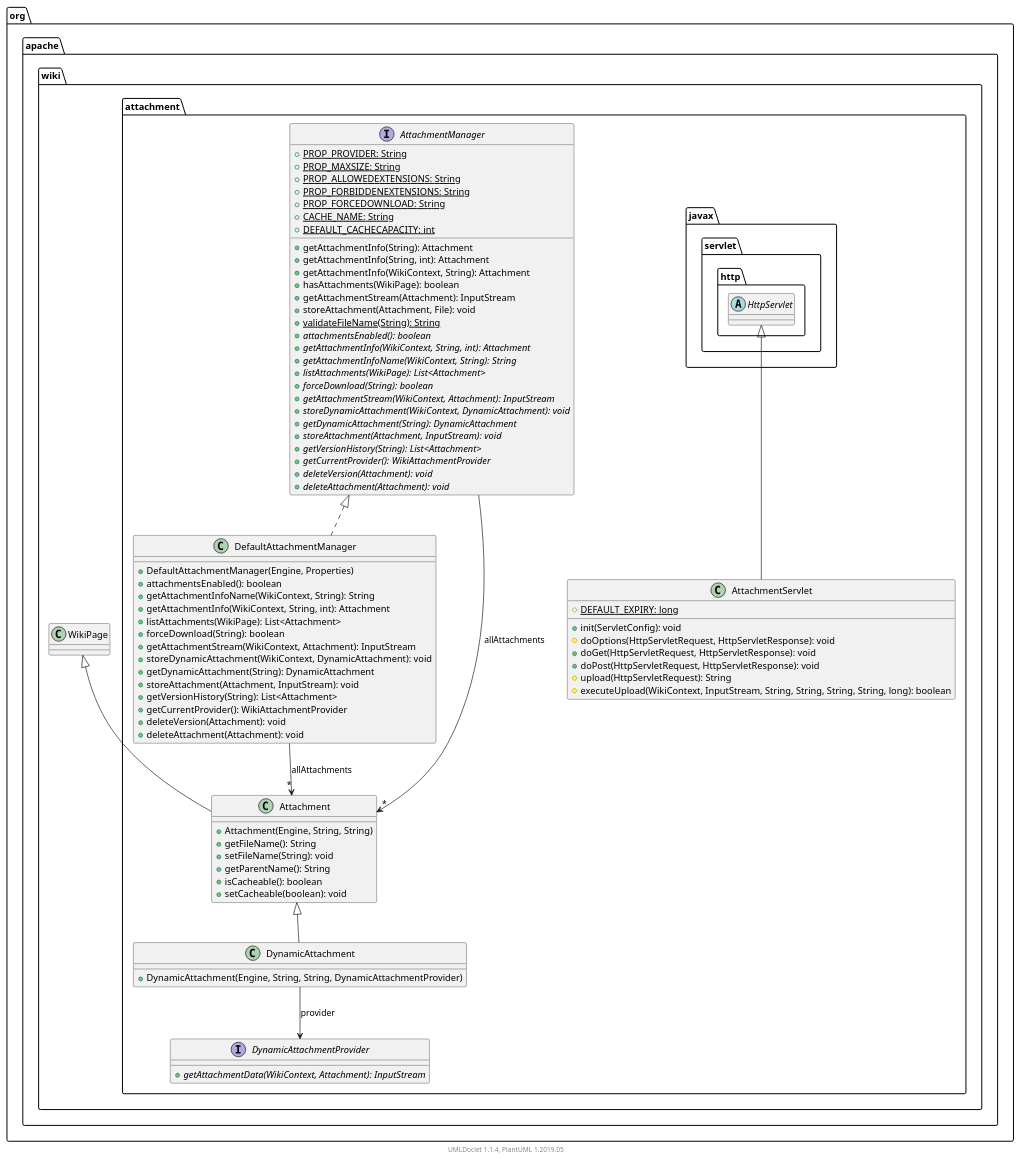
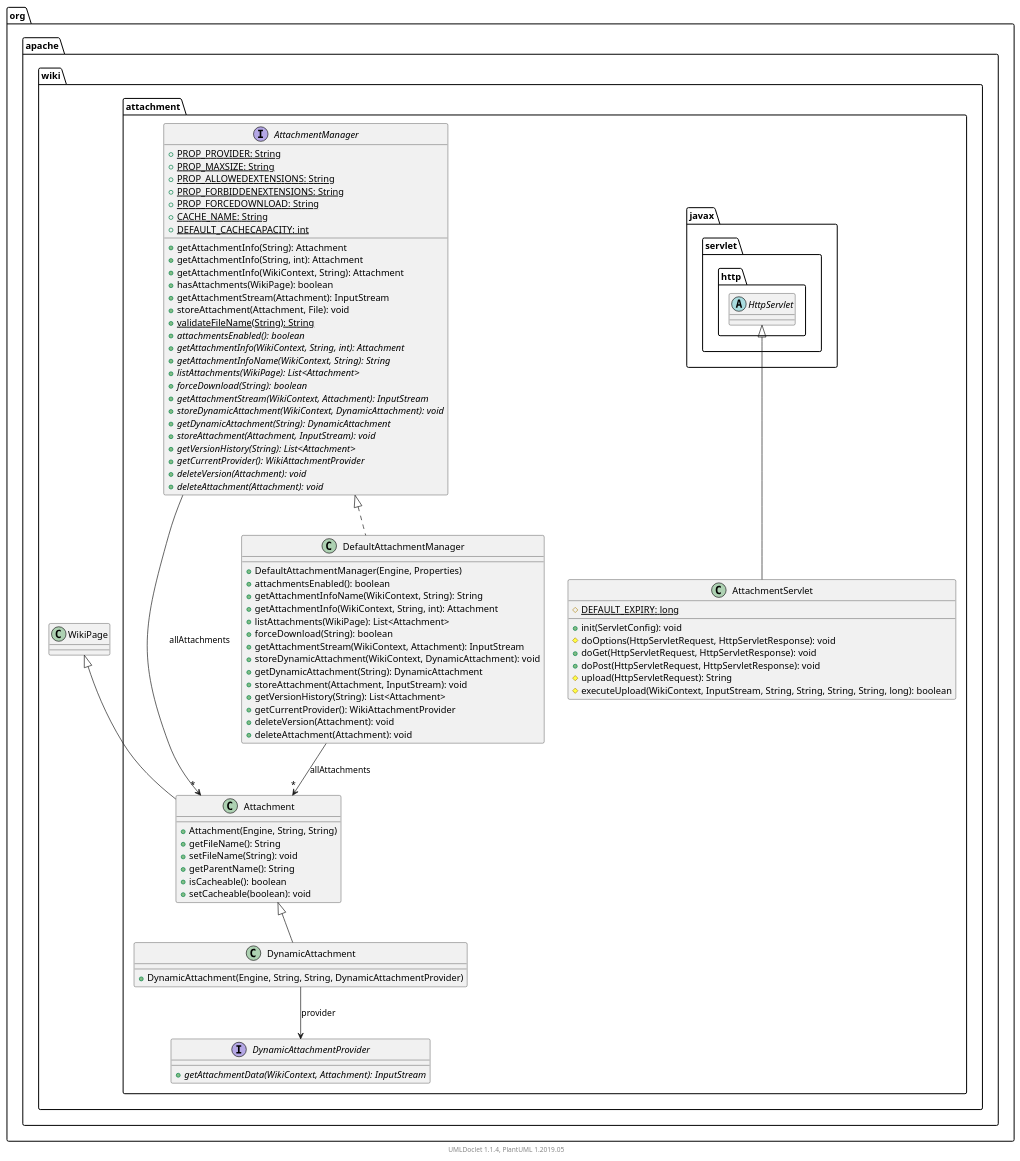
The diagram in apidocs/2.11.0.M7-SNAPSHOT/org/apache/wiki/attachment/package.puml (apache/jspwiki-site), drawn with PlantUML before and after one commit. The commit also changed other lines of this file and 1217 other files, not shown here.

```diff
--- a/apidocs/2.11.0.M7-SNAPSHOT/org/apache/wiki/attachment/package.puml
+++ b/apidocs/2.11.0.M7-SNAPSHOT/org/apache/wiki/attachment/package.puml
@@ -1,99 +1,99 @@
 @startuml
 
     namespace org.apache.wiki.attachment {
+
+        class DynamicAttachment [[DynamicAttachment.html]] {
+            +DynamicAttachment(Engine, String, String, DynamicAttachmentProvider)
+        }
+
+        interface DynamicAttachmentProvider [[DynamicAttachmentProvider.html]] {
+            {abstract} +getAttachmentData(WikiContext, Attachment): InputStream
+        }
+
+        class Attachment [[Attachment.html]] {
+            +Attachment(Engine, String, String)
+            +getFileName(): String
+            +setFileName(String): void
+            +getParentName(): String
+            +isCacheable(): boolean
+            +setCacheable(boolean): void
+        }
 
         class DefaultAttachmentManager [[DefaultAttachmentManager.html]] {
             +DefaultAttachmentManager(Engine, Properties)
             +attachmentsEnabled(): boolean
             +getAttachmentInfoName(WikiContext, String): String
             +getAttachmentInfo(WikiContext, String, int): Attachment
             +listAttachments(WikiPage): List<Attachment>
             +forceDownload(String): boolean
             +getAttachmentStream(WikiContext, Attachment): InputStream
             +storeDynamicAttachment(WikiContext, DynamicAttachment): void
             +getDynamicAttachment(String): DynamicAttachment
             +storeAttachment(Attachment, InputStream): void
             +getVersionHistory(String): List<Attachment>
             +getCurrentProvider(): WikiAttachmentProvider
             +deleteVersion(Attachment): void
             +deleteAttachment(Attachment): void
         }
 
         interface AttachmentManager [[AttachmentManager.html]] {
             {static} +PROP_PROVIDER: String
             {static} +PROP_MAXSIZE: String
             {static} +PROP_ALLOWEDEXTENSIONS: String
             {static} +PROP_FORBIDDENEXTENSIONS: String
             {static} +PROP_FORCEDOWNLOAD: String
             {static} +CACHE_NAME: String
             {static} +DEFAULT_CACHECAPACITY: int
             +getAttachmentInfo(String): Attachment
             +getAttachmentInfo(String, int): Attachment
             +getAttachmentInfo(WikiContext, String): Attachment
             +hasAttachments(WikiPage): boolean
             +getAttachmentStream(Attachment): InputStream
             +storeAttachment(Attachment, File): void
             {static} +validateFileName(String): String
             {abstract} +attachmentsEnabled(): boolean
             {abstract} +getAttachmentInfo(WikiContext, String, int): Attachment
             {abstract} +getAttachmentInfoName(WikiContext, String): String
             {abstract} +listAttachments(WikiPage): List<Attachment>
             {abstract} +forceDownload(String): boolean
             {abstract} +getAttachmentStream(WikiContext, Attachment): InputStream
             {abstract} +storeDynamicAttachment(WikiContext, DynamicAttachment): void
             {abstract} +getDynamicAttachment(String): DynamicAttachment
             {abstract} +storeAttachment(Attachment, InputStream): void
             {abstract} +getVersionHistory(String): List<Attachment>
             {abstract} +getCurrentProvider(): WikiAttachmentProvider
             {abstract} +deleteVersion(Attachment): void
             {abstract} +deleteAttachment(Attachment): void
         }
 
-        class DynamicAttachment [[DynamicAttachment.html]] {
-            +DynamicAttachment(Engine, String, String, DynamicAttachmentProvider)
-        }
-
         class AttachmentServlet [[AttachmentServlet.html]] {
             {static} #DEFAULT_EXPIRY: long
             +init(ServletConfig): void
             #doOptions(HttpServletRequest, HttpServletResponse): void
             +doGet(HttpServletRequest, HttpServletResponse): void
             +doPost(HttpServletRequest, HttpServletResponse): void
             #upload(HttpServletRequest): String
             #executeUpload(WikiContext, InputStream, String, String, String, String, long): boolean
         }
 
-        class Attachment [[Attachment.html]] {
-            +Attachment(Engine, String, String)
-            +getFileName(): String
-            +setFileName(String): void
-            +getParentName(): String
-            +isCacheable(): boolean
-            +setCacheable(boolean): void
-        }
+        Attachment <|-- DynamicAttachment
 
-        interface DynamicAttachmentProvider [[DynamicAttachmentProvider.html]] {
-            {abstract} +getAttachmentData(WikiContext, Attachment): InputStream
-        }
+        class org.apache.wiki.WikiPage
+        org.apache.wiki.WikiPage <|-- Attachment
 
         AttachmentManager <|.. DefaultAttachmentManager
-
-        Attachment <|-- DynamicAttachment
 
         abstract class javax.servlet.http.HttpServlet
         javax.servlet.http.HttpServlet <|-- AttachmentServlet
 
-        class org.apache.wiki.WikiPage
-        org.apache.wiki.WikiPage <|-- Attachment
+        DynamicAttachment --> DynamicAttachmentProvider: provider
 
         DefaultAttachmentManager --> "*" Attachment: allAttachments
 
         AttachmentManager --> "*" Attachment: allAttachments
-
-        DynamicAttachment --> DynamicAttachmentProvider: provider
 
     }
 
 
     center footer UMLDoclet 1.1.4, PlantUML 1.2019.05
 @enduml
```
